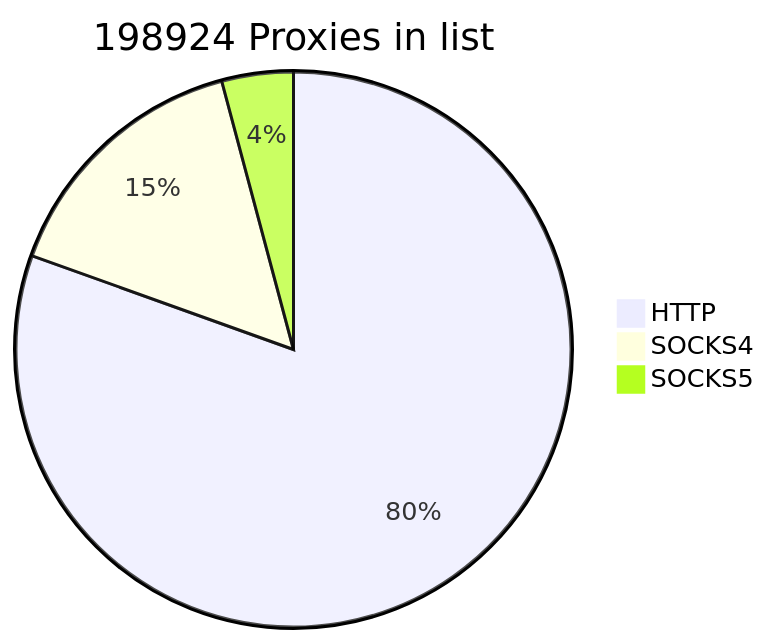
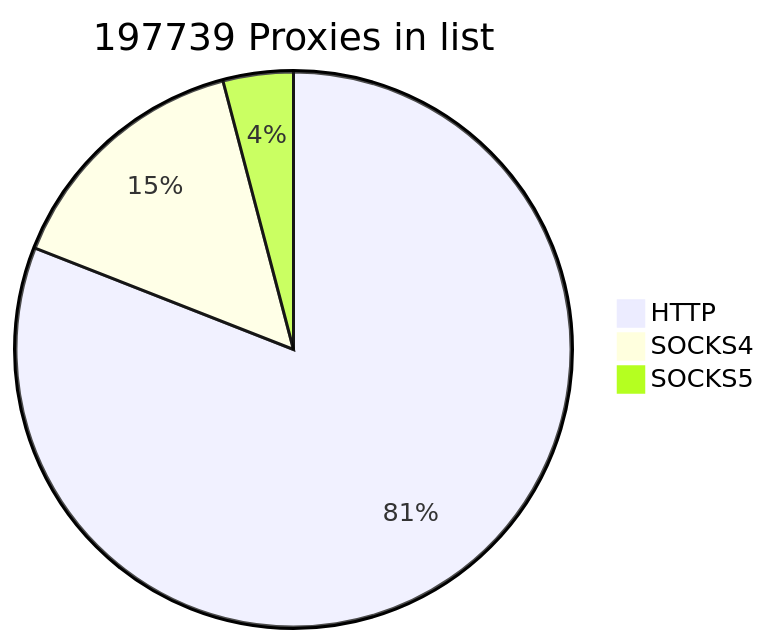
The first of 2 diagrams in README.md (cutipu/proxylist), drawn with Mermaid before and after one commit. The commit also changed other lines of this file, not shown here.

````diff
--- a/README.md
+++ b/README.md
@@ -2,7 +2,7 @@
 ```mermaid
-pie title 198924 Proxies in list
-    "HTTP" : 160095
-    "SOCKS4" : 30554
-    "SOCKS5" : 8275
+pie title 197739 Proxies in list
+    "HTTP" : 160070
+    "SOCKS4" : 29587
+    "SOCKS5" : 8082
             
 ```
````
